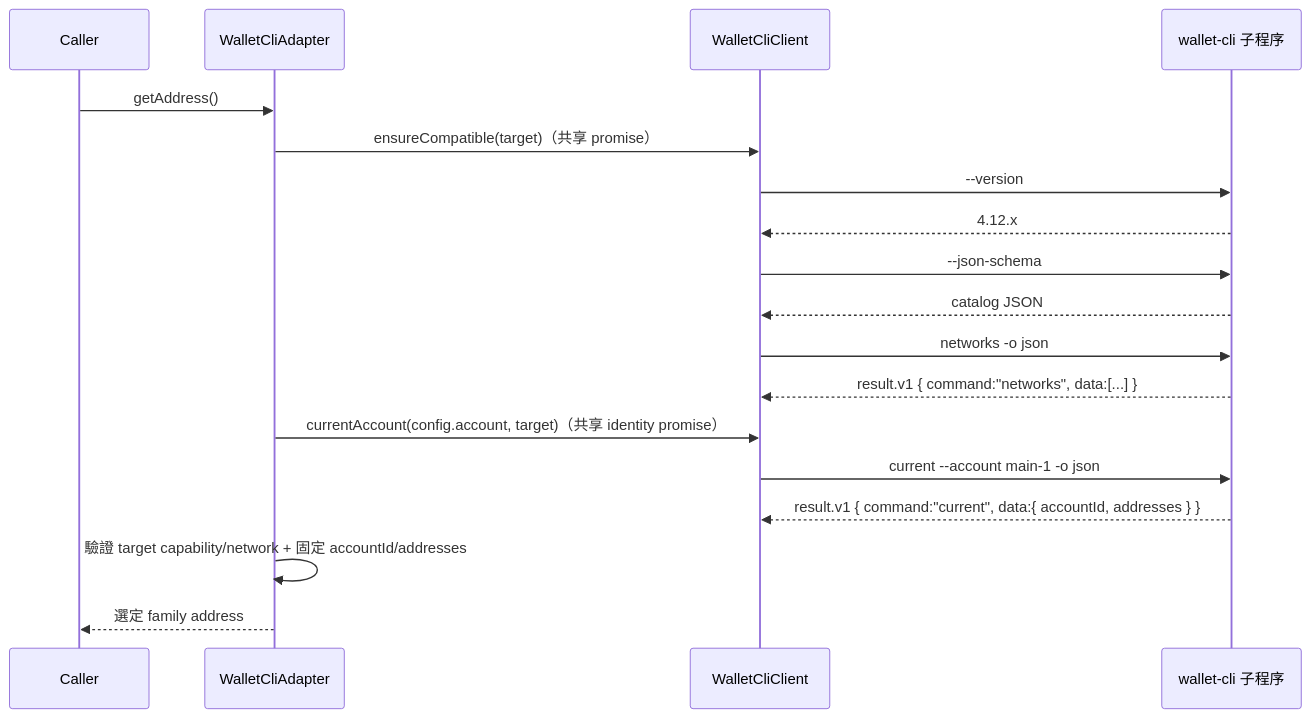
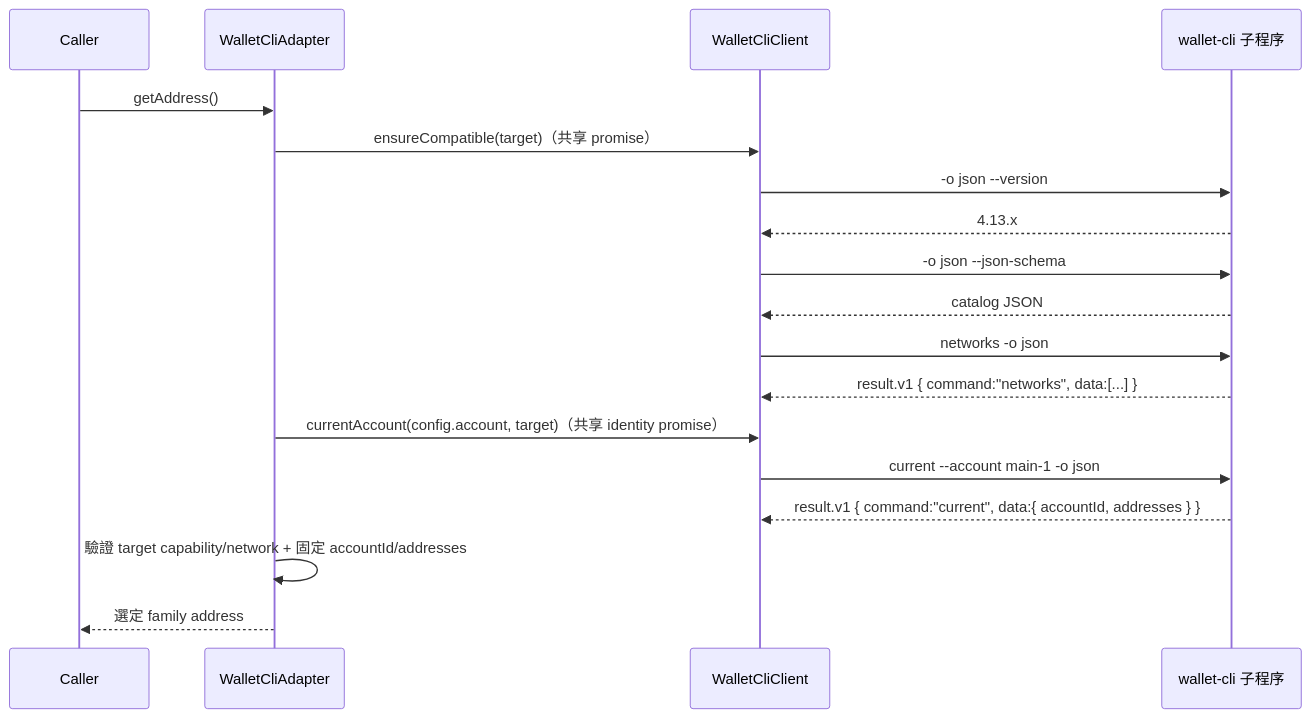
Before and after one commit to BofAI/agent-wallet: the second of 5 diagrams in .kiro/specs/wallet-cli-integration/design.md, drawn with Mermaid. The commit also changed other lines of this file and 8 other files, not shown here.

````diff
--- a/.kiro/specs/wallet-cli-integration/design.md
+++ b/.kiro/specs/wallet-cli-integration/design.md
@@ -603,21 +605,21 @@
 ```mermaid
 sequenceDiagram
   participant App as Caller
   participant Signer as WalletCliAdapter
   participant Client as WalletCliClient
   participant Cli as wallet-cli 子程序
 
   App->>Signer: getAddress()
   Signer->>Client: ensureCompatible(target)（共享 promise）
-  Client->>Cli: --version
-  Cli-->>Client: 4.12.x
-  Client->>Cli: --json-schema
+  Client->>Cli: -o json --version
+  Cli-->>Client: 4.13.x
+  Client->>Cli: -o json --json-schema
   Cli-->>Client: catalog JSON
   Client->>Cli: networks -o json
   Cli-->>Client: result.v1 { command:"networks", data:[...] }
   Signer->>Client: currentAccount(config.account, target)（共享 identity promise）
   Client->>Cli: current --account main-1 -o json
   Cli-->>Client: result.v1 { command:"current", data:{ accountId, addresses } }
   Signer->>Signer: 驗證 target capability/network + 固定 accountId/addresses
   Signer-->>App: 選定 family address
 ```
````
